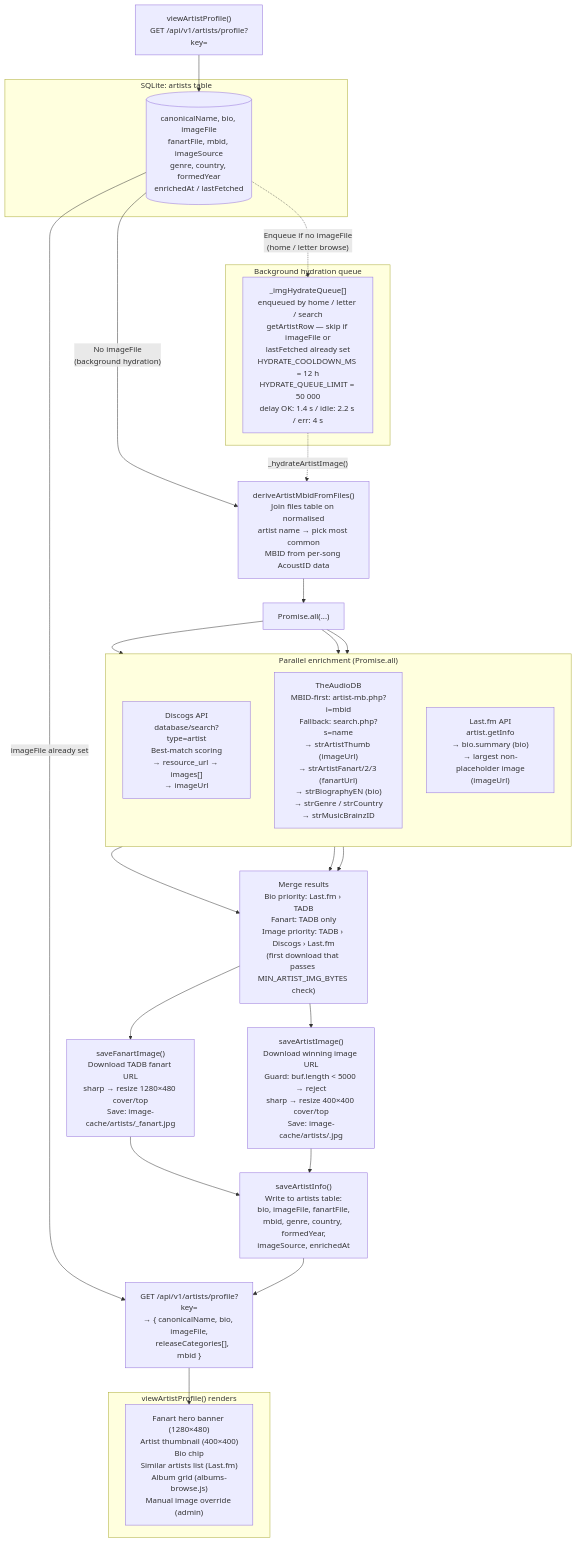
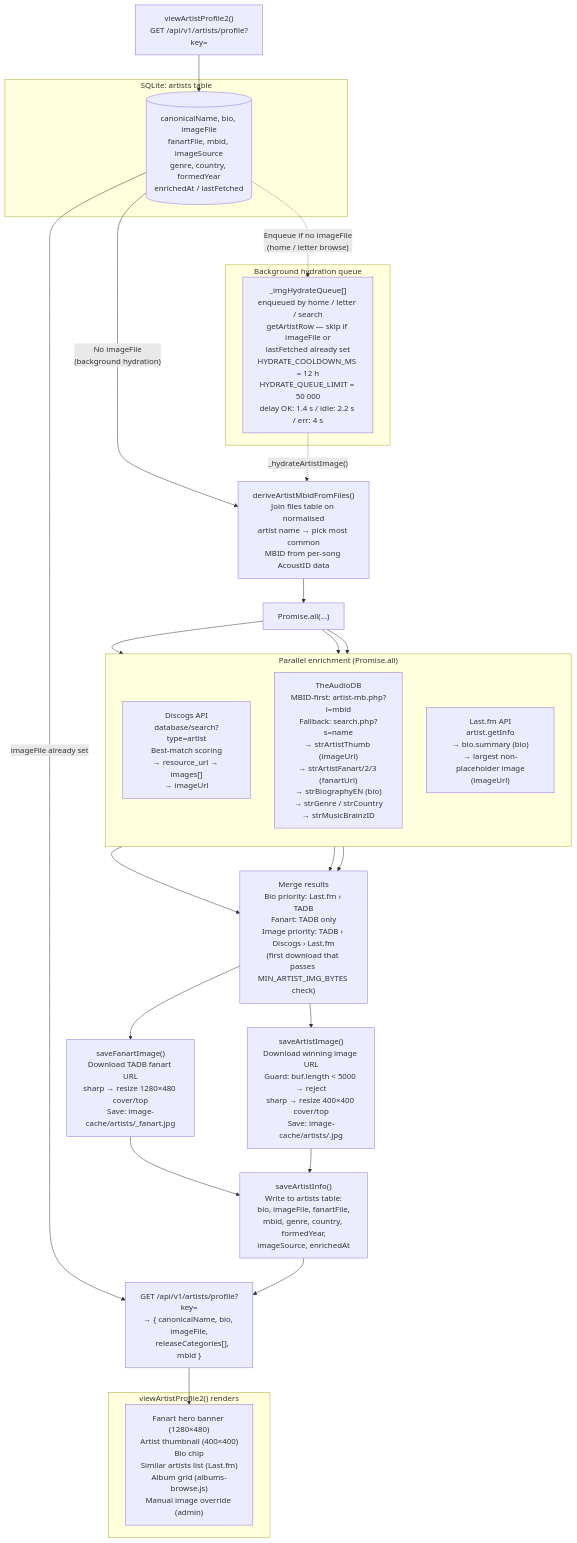
Before and after one commit to aroundmyroom/Velvet: the sixth of 7 diagrams in docs/architecture.md, drawn with Mermaid. The commit also changed other lines of this file and 436 other files, not shown here.

````diff
--- a/docs/architecture.md
+++ b/docs/architecture.md
@@ -311,49 +360,49 @@
 ```mermaid
 flowchart TD
-    CLIENT["viewArtistProfile()\nGET /api/v1/artists/profile?key="]
+    CLIENT["viewArtistProfile2()\nGET /api/v1/artists/profile?key="]
 
     subgraph "SQLite: artists table"
         DB_CACHE[("canonicalName, bio, imageFile\nfanartFile, mbid, imageSource\ngenre, country, formedYear\nenrichedAt / lastFetched")]
     end
 
     CLIENT --> DB_CACHE
     DB_CACHE -->|"imageFile already set"| RETURN
     DB_CACHE -->|"No imageFile\n(background hydration)"| MBID
 
     MBID["deriveArtistMbidFromFiles()\nJoin files table on normalised\nartist name → pick most common\nMBID from per-song AcoustID data"]
 
     MBID --> PARALLEL
 
     subgraph "Parallel enrichment  (Promise.all)"
         direction TB
         DISCOGS["Discogs API\ndatabase/search?type=artist\nBest-match scoring\n→ resource_url → images[]\n→ imageUrl"]
         TADB["TheAudioDB\nMBID-first: artist-mb.php?i=mbid\nFallback: search.php?s=name\n→ strArtistThumb (imageUrl)\n→ strArtistFanart/2/3 (fanartUrl)\n→ strBiographyEN (bio)\n→ strGenre / strCountry\n→ strMusicBrainzID"]
         LFM["Last.fm API\nartist.getInfo\n→ bio.summary (bio)\n→ largest non-placeholder image\n(imageUrl)"]
     end
 
     PARALLEL["Promise.all(...)"] --> DISCOGS & TADB & LFM
 
     DISCOGS & TADB & LFM --> MERGE
 
     MERGE["Merge results\nBio priority: Last.fm › TADB\nFanart: TADB only\nImage priority: TADB › Discogs › Last.fm\n(first download that passes MIN_ARTIST_IMG_BYTES check)"]
 
     MERGE --> FANART["saveFanartImage()\nDownload TADB fanart URL\nsharp → resize 1280×480 cover/top\nSave: image-cache/artists/<key>_fanart.jpg"]
     MERGE --> IMG["saveArtistImage()\nDownload winning image URL\nGuard: buf.length < 5000 → reject\nsharp → resize 400×400 cover/top\nSave: image-cache/artists/<key>.jpg"]
 
     FANART & IMG --> SAVEDB["saveArtistInfo()\nWrite to artists table:\nbio, imageFile, fanartFile,\nmbid, genre, country, formedYear,\nimageSource, enrichedAt"]
 
     SAVEDB --> RETURN["GET /api/v1/artists/profile?key=\n→ { canonicalName, bio, imageFile,\n    releaseCategories[], mbid }"]
 
     RETURN --> UI
 
-    subgraph "viewArtistProfile() renders"
+    subgraph "viewArtistProfile2() renders"
         UI["Fanart hero banner (1280×480)\nArtist thumbnail (400×400)\nBio chip\nSimilar artists list (Last.fm)\nAlbum grid (albums-browse.js)\nManual image override (admin)"]
     end
 
     subgraph "Background hydration queue"
         HQ["_imgHydrateQueue[]\nenqueued by home / letter / search\ngetArtistRow — skip if imageFile or\nlastFetched already set\nHYDRATE_COOLDOWN_MS = 12 h\nHYDRATE_QUEUE_LIMIT = 50 000\ndelay OK: 1.4 s / idle: 2.2 s / err: 4 s"]
     end
 
     DB_CACHE -.->|"Enqueue if no imageFile\n(home / letter browse)"| HQ
     HQ -.->|"_hydrateArtistImage()"| MBID
 ```
````
